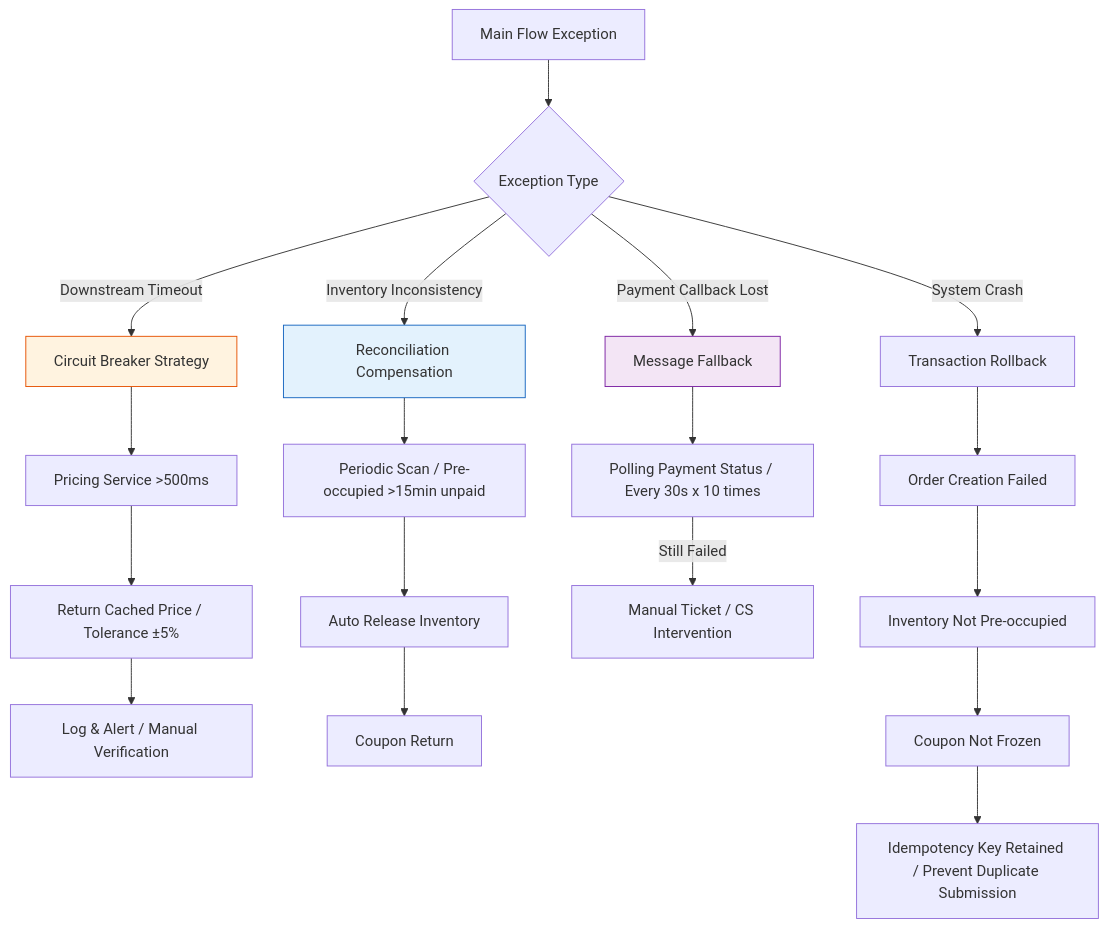
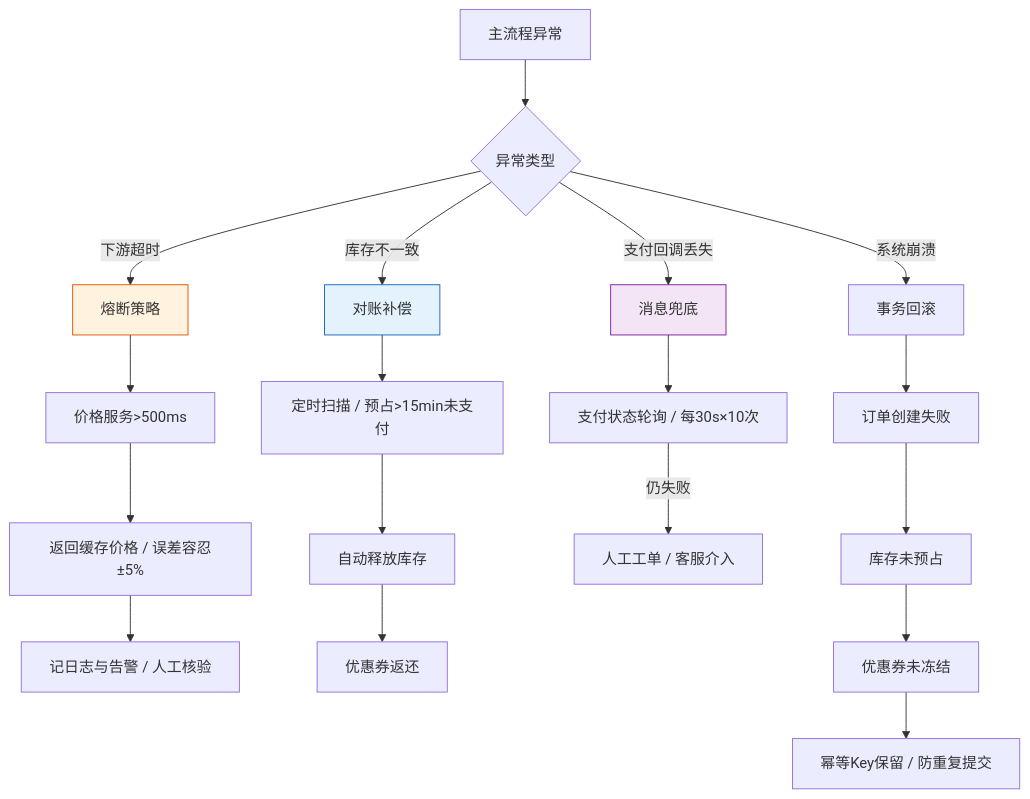
The seventh of 11 diagrams in templates/Product/Product/Template-FRD.md (Kirky-X/cangjie), drawn with Mermaid before and after one commit. The commit also changed other lines of this file and 33 other files, not shown here.

````diff
--- a/templates/Product/Product/Template-FRD.md
+++ b/templates/Product/Product/Template-FRD.md
@@ -273,28 +273,28 @@
 ```mermaid
 flowchart TD
-    A[Main Flow Exception] --> B{Exception Type}
+    A[主流程异常] --> B{异常类型}
 
-    B -->|Downstream Timeout| C[Circuit Breaker Strategy]
-    C --> C1[Pricing Service >500ms]
-    C1 --> C2[Return Cached Price / Tolerance ±5%]
-    C2 --> C3[Log & Alert / Manual Verification]
+    B -->|下游超时| C[熔断策略]
+    C --> C1[价格服务>500ms]
+    C1 --> C2[返回缓存价格 / 误差容忍±5%]
+    C2 --> C3[记日志与告警 / 人工核验]
 
-    B -->|Inventory Inconsistency| D[Reconciliation Compensation]
-    D --> D1[Periodic Scan / Pre-occupied >15min unpaid]
-    D1 --> D2[Auto Release Inventory]
-    D2 --> D3[Coupon Return]
+    B -->|库存不一致| D[对账补偿]
+    D --> D1[定时扫描 / 预占>15min未支付]
+    D1 --> D2[自动释放库存]
+    D2 --> D3[优惠券返还]
 
-    B -->|Payment Callback Lost| E[Message Fallback]
-    E --> E1[Polling Payment Status / Every 30s x 10 times]
-    E1 -->|Still Failed| E2[Manual Ticket / CS Intervention]
+    B -->|支付回调丢失| E[消息兜底]
+    E --> E1[支付状态轮询 / 每30s×10次]
+    E1 -->|仍失败| E2[人工工单 / 客服介入]
 
-    B -->|System Crash| F[Transaction Rollback]
-    F --> F1[Order Creation Failed]
-    F1 --> F2[Inventory Not Pre-occupied]
-    F2 --> F3[Coupon Not Frozen]
-    F3 --> F4[Idempotency Key Retained / Prevent Duplicate Submission]
+    B -->|系统崩溃| F[事务回滚]
+    F --> F1[订单创建失败]
+    F1 --> F2[库存未预占]
+    F2 --> F3[优惠券未冻结]
+    F3 --> F4[幂等Key保留 / 防重复提交]
 
     style C fill:#fff3e0,stroke:#e65100
     style D fill:#e3f2fd,stroke:#1565c0
     style E fill:#f3e5f5,stroke:#7b1fa2
 ```
````
